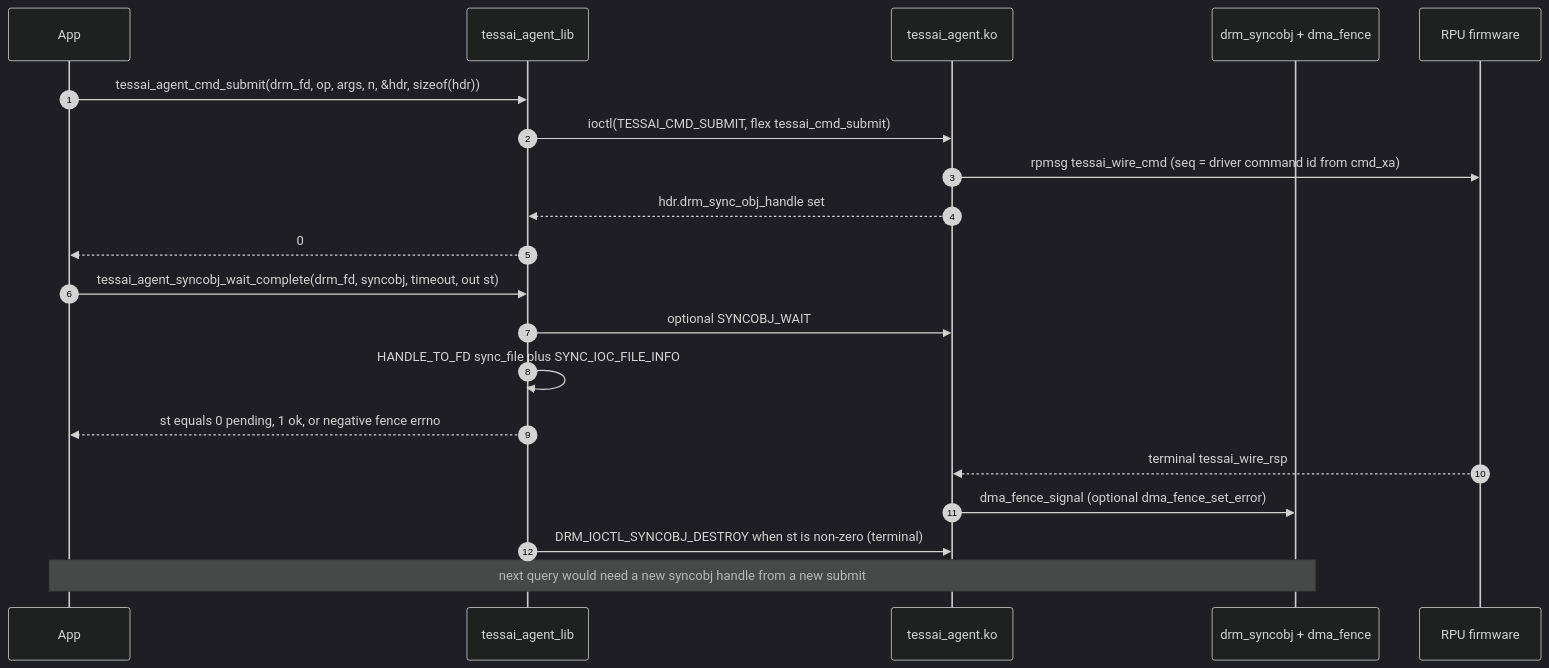
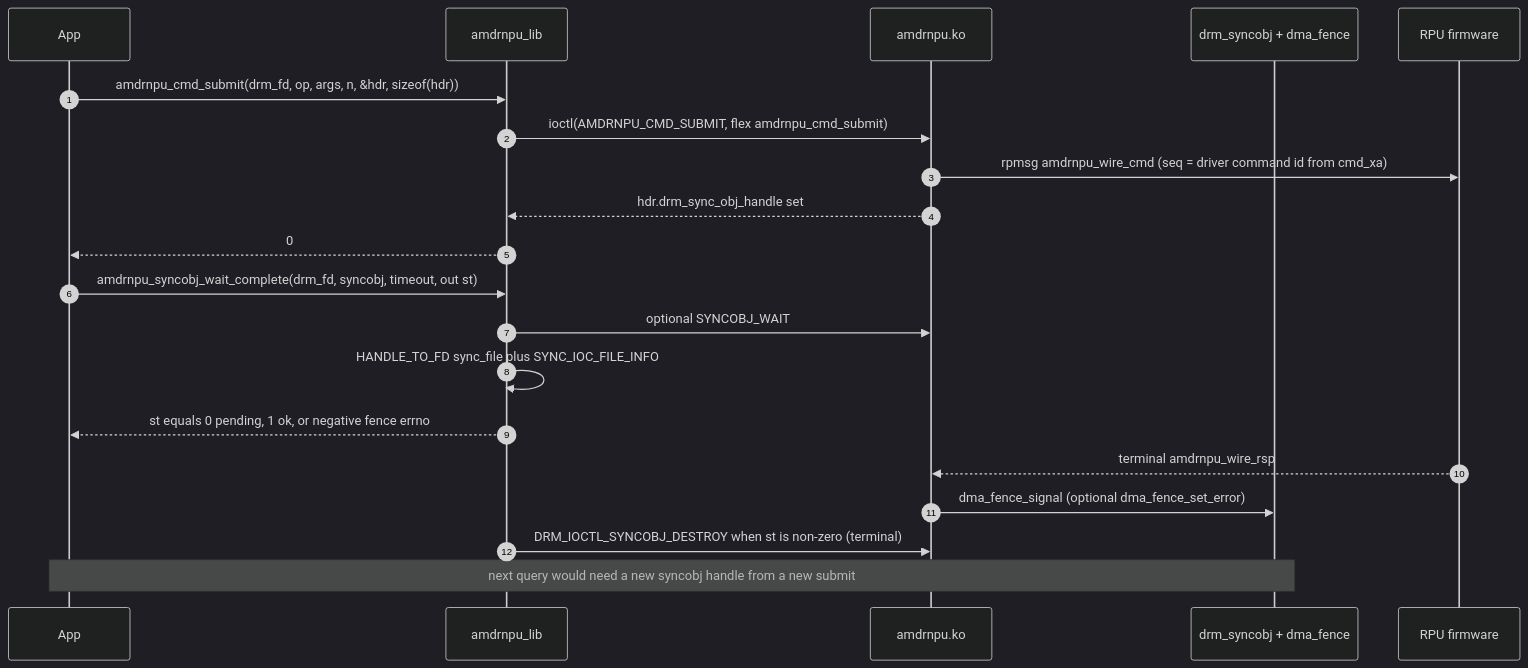
One commit to Xilinx/amdrnpu changed the second of 3 diagrams in docs/lib-userspace-flow.md. Above: the diagram before and after it, drawn with Mermaid (dark theme). The commit also changed other lines of this file and 107 other files, not shown here.

Commit message:
Change all tessai references to amdrnpu

````diff
--- a/docs/lib-userspace-flow.md
+++ b/docs/lib-userspace-flow.md
@@ -101,25 +101,25 @@
 ```mermaid
 sequenceDiagram
     autonumber
     participant App
-    participant Lib as tessai_agent_lib
-    participant K as tessai_agent.ko
+    participant Lib as amdrnpu_lib
+    participant K as amdrnpu.ko
     participant SO as drm_syncobj + dma_fence
     participant RPU as RPU firmware
 
-    App->>Lib: tessai_agent_cmd_submit(drm_fd, op, args, n, &hdr, sizeof(hdr))
-    Lib->>K: ioctl(TESSAI_CMD_SUBMIT, flex tessai_cmd_submit)
-    K->>RPU: rpmsg tessai_wire_cmd (seq = driver command id from cmd_xa)
+    App->>Lib: amdrnpu_cmd_submit(drm_fd, op, args, n, &hdr, sizeof(hdr))
+    Lib->>K: ioctl(AMDRNPU_CMD_SUBMIT, flex amdrnpu_cmd_submit)
+    K->>RPU: rpmsg amdrnpu_wire_cmd (seq = driver command id from cmd_xa)
     K-->>Lib: hdr.drm_sync_obj_handle set
     Lib-->>App: 0
 
-    App->>Lib: tessai_agent_syncobj_wait_complete(drm_fd, syncobj, timeout, out st)
+    App->>Lib: amdrnpu_syncobj_wait_complete(drm_fd, syncobj, timeout, out st)
     Lib->>K: optional SYNCOBJ_WAIT
     Lib->>Lib: HANDLE_TO_FD sync_file plus SYNC_IOC_FILE_INFO
     Lib-->>App: st equals 0 pending, 1 ok, or negative fence errno
 
-    RPU-->>K: terminal tessai_wire_rsp
+    RPU-->>K: terminal amdrnpu_wire_rsp
     K->>SO: dma_fence_signal (optional dma_fence_set_error)
     Lib->>K: DRM_IOCTL_SYNCOBJ_DESTROY when st is non-zero (terminal)
     Note over App,SO: next query would need a new syncobj handle from a new submit
 ```
````
